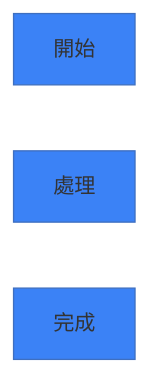
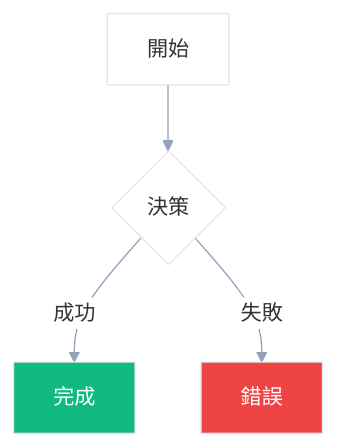
Before and after one commit to ChiahungTai/ai-rules: the second of 3 diagrams in ai-development-guide.md, drawn with Mermaid. The commit also changed other lines of this file and 9 other files, not shown here.

````diff
--- a/ai-development-guide.md
+++ b/ai-development-guide.md
@@ -117,14 +131,20 @@
 ```mermaid
 %%{init: {
   'theme': 'base',
   'themeVariables': {
-    'primaryColor': '#3b82f6',
-    'secondaryColor': '#10b981',
-    'tertiaryColor': '#f59e0b',
-    'background': 'transparent'
+    'background': 'transparent',
+    'lineColor': '#94a3b8',
+    'textColor': '#374151',
+    'primaryColor': '#ffffff',
+    'secondaryColor': '#ffffff',
+    'tertiaryColor': '#ffffff'
   }
 }}%%
 graph TD
-    A[開始] --> B[處理]
-    B --> C[完成]
+    A[開始] --> B{決策}
+    B -->|成功| C[完成]
+    B -->|失敗| D[錯誤]
+
+    style C fill:#10b981,color:#ffffff
+    style D fill:#ef4444,color:#ffffff
 ```
````
